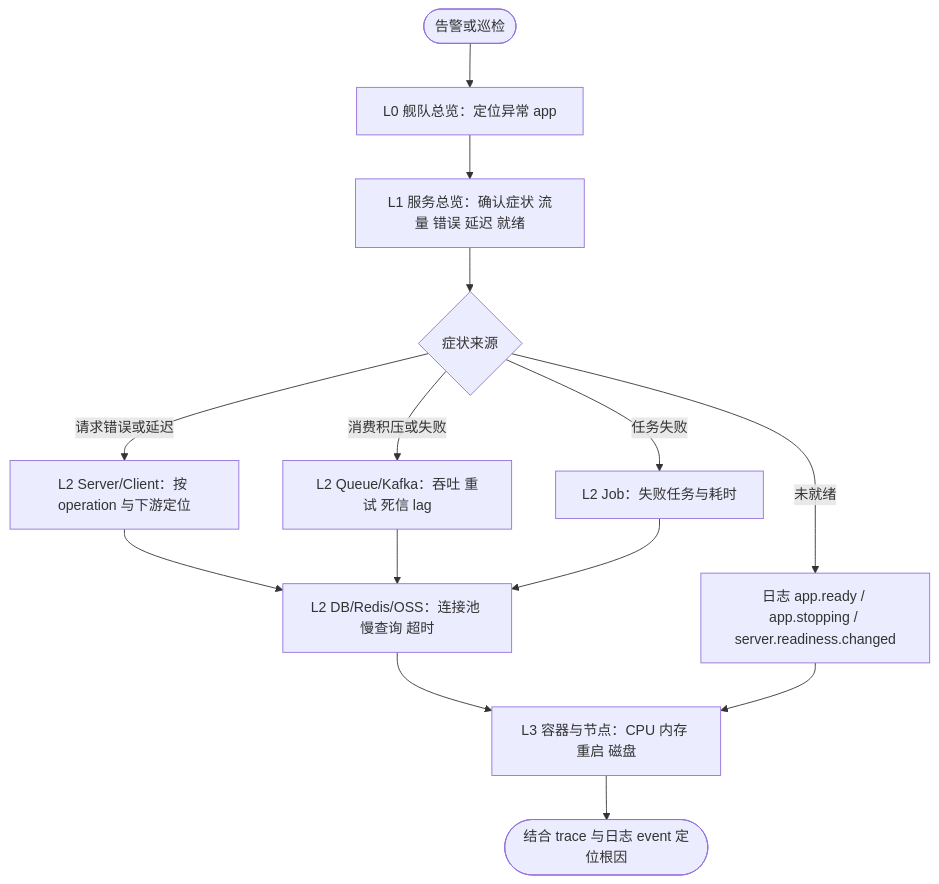
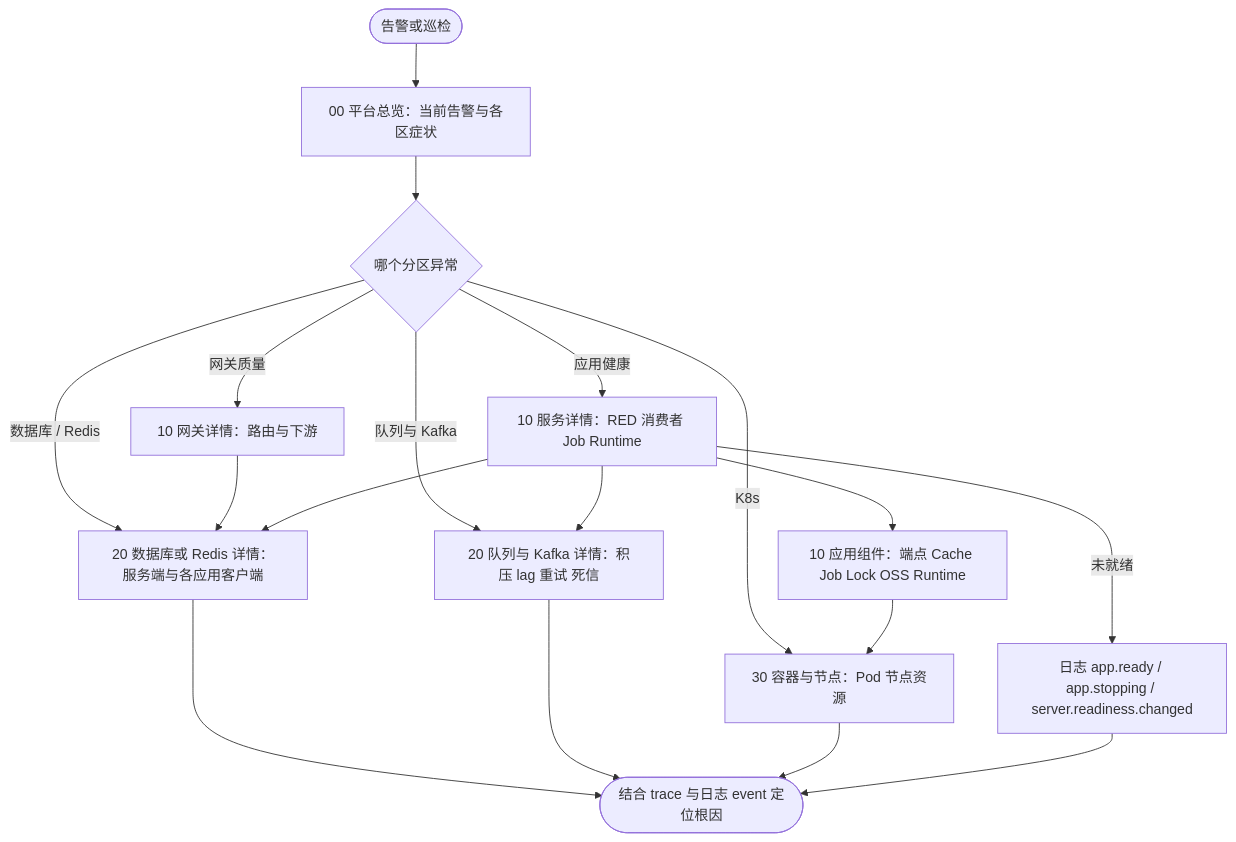
The first of 2 diagrams in deploy/observability/docs/fleet-monitoring.md (jaggerzhuang1994/kratos-foundation), drawn with Mermaid before and after one commit. The commit also changed other lines of this file and 32 other files, not shown here.

````diff
--- a/deploy/observability/docs/fleet-monitoring.md
+++ b/deploy/observability/docs/fleet-monitoring.md
@@ -24,14 +42,17 @@
 ```mermaid
 flowchart TD
-    A([告警或巡检]) --> B[L0 舰队总览：定位异常 app]
-    B --> C[L1 服务总览：确认症状 流量 错误 延迟 就绪]
-    C --> D{症状来源}
-    D -- 请求错误或延迟 --> E[L2 Server/Client：按 operation 与下游定位]
-    D -- 消费积压或失败 --> F[L2 Queue/Kafka：吞吐 重试 死信 lag]
-    D -- 任务失败 --> G[L2 Job：失败任务与耗时]
-    D -- 未就绪 --> H[日志 app.ready / app.stopping / server.readiness.changed]
-    E & F & G --> I[L2 DB/Redis/OSS：连接池 慢查询 超时]
-    I --> J[L3 容器与节点：CPU 内存 重启 磁盘]
-    H --> J
-    J --> K([结合 trace 与日志 event 定位根因])
+    A([告警或巡检]) --> B[00 平台总览：当前告警与各区症状]
+    B --> C{哪个分区异常}
+    C -- 应用健康 --> D[10 服务详情：RED 消费者 Job Runtime]
+    C -- 网关质量 --> E[10 网关详情：路由与下游]
+    C -- 数据库 / Redis --> F[20 数据库或 Redis 详情：服务端与各应用客户端]
+    C -- 队列与 Kafka --> G[20 队列与 Kafka 详情：积压 lag 重试 死信]
+    C -- K8s --> H[30 容器与节点：Pod 节点资源]
+    D --> I[10 应用组件：端点 Cache Job Lock OSS Runtime]
+    E --> F
+    D --> F
+    D --> G
+    I --> H
+    D -- 未就绪 --> J[日志 app.ready / app.stopping / server.readiness.changed]
+    F & G & H & J --> K([结合 trace 与日志 event 定位根因])
 ```
````
